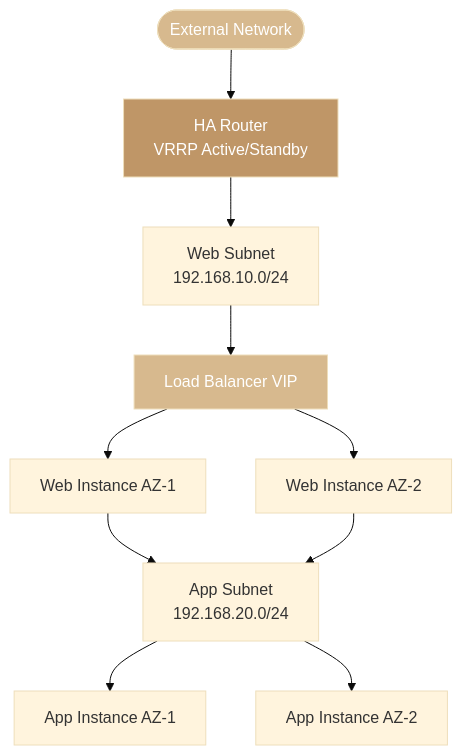
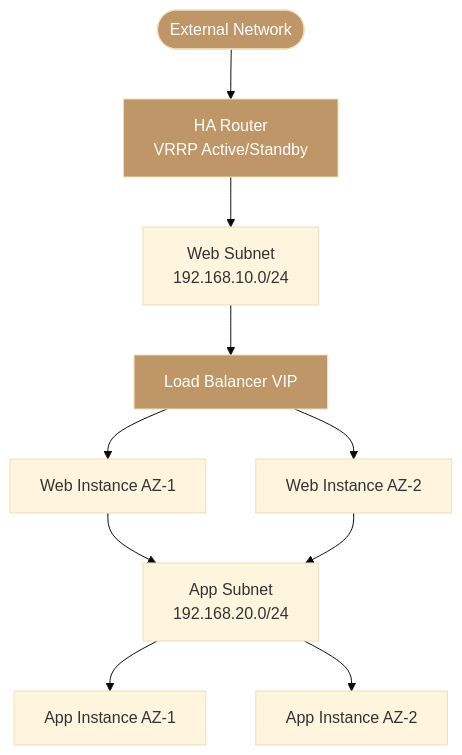
The fourth of 4 diagrams in services/networking/network-topology.mdx (ankur-kumar87/docs-polystack), drawn with Mermaid (base theme) before and after one commit. The commit also changed other lines of this file and 186 other files, not shown here.

````diff
--- a/services/networking/network-topology.mdx
+++ b/services/networking/network-topology.mdx
@@ -117,15 +117,15 @@
 ```mermaid
 graph TD
     EXT([External Network]) --> HA_R[HA Router<br/>VRRP Active/Standby]
     HA_R --> WEB_SUBNET[Web Subnet<br/>192.168.10.0/24]
     WEB_SUBNET --> LB[Load Balancer VIP]
     LB --> W1[Web Instance AZ-1]
     LB --> W2[Web Instance AZ-2]
     W1 --> APP_SUBNET[App Subnet<br/>192.168.20.0/24]
     W2 --> APP_SUBNET
     APP_SUBNET --> A1[App Instance AZ-1]
     APP_SUBNET --> A2[App Instance AZ-2]
     style HA_R fill:#bf9667,color:#fff
-    style EXT fill:#d7b98e,color:#fff
-    style LB fill:#d7b98e,color:#fff
+    style EXT fill:#bf9667,color:#fff
+    style LB fill:#bf9667,color:#fff
 ```
````
